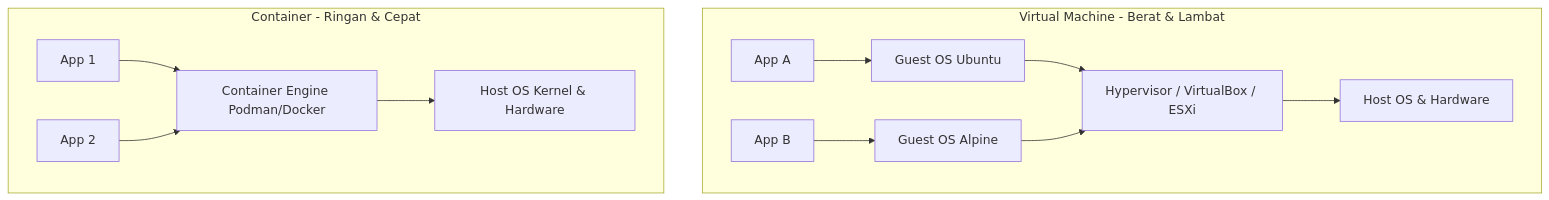
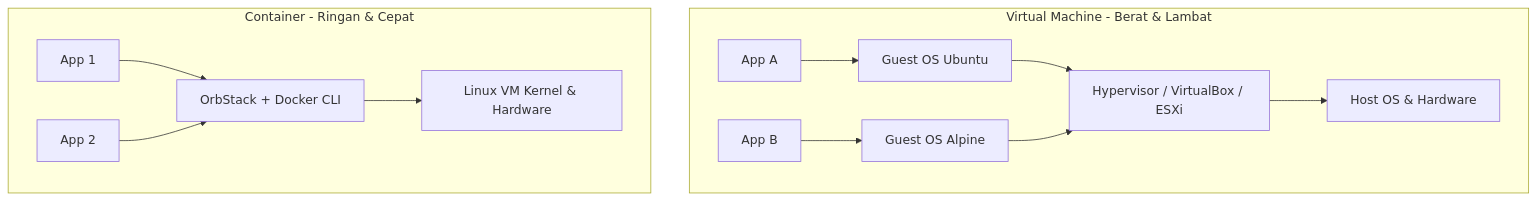
The first of 3 diagrams in minggu-01/01-konsep-container.md (mrmuzma07/gh-devOpsTraining), drawn with Mermaid before and after one commit. The commit also changed other lines of this file and 8 other files, not shown here.

Commit message:
update with OrbStack

````diff
--- a/minggu-01/01-konsep-container.md
+++ b/minggu-01/01-konsep-container.md
@@ -39,16 +39,16 @@
 ```mermaid
 graph TD
     subgraph Virtual_Machine [Virtual Machine - Berat & Lambat]
         AppA[App A] --> GuestOS1[Guest OS Ubuntu]
         GuestOS1 --> Hypervisor[Hypervisor / VirtualBox / ESXi]
         AppB[App B] --> GuestOS2[Guest OS Alpine]
         GuestOS2 --> Hypervisor
         Hypervisor --> HostOS_VM[Host OS & Hardware]
     end
 
     subgraph Container_Engine [Container - Ringan & Cepat]
-        AppC[App 1] --> Engine[Container Engine Podman/Docker]
+        AppC[App 1] --> Engine[OrbStack + Docker CLI]
         AppD[App 2] --> Engine
-        Engine --> HostKernel[Host OS Kernel & Hardware]
+        Engine --> HostKernel[Linux VM Kernel & Hardware]
     end
 ```
````
